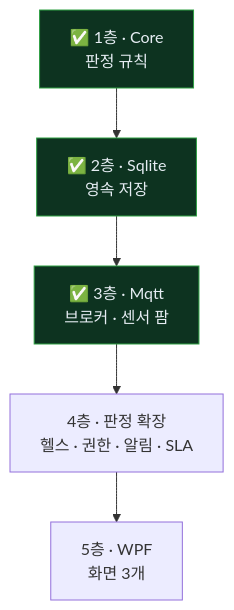
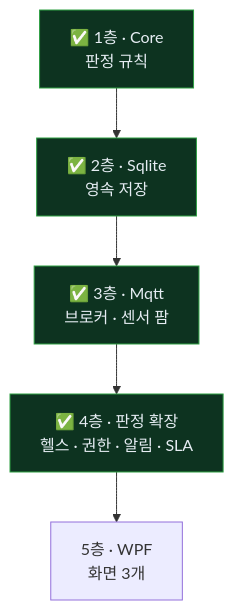
The seventh of 7 diagrams in docs/architecture.md (bosung2000/IoTSensorDashboard), drawn with Mermaid before and after one commit. The commit also changed other lines of this file and 2 other files, not shown here.

````diff
--- a/docs/architecture.md
+++ b/docs/architecture.md
@@ -386,11 +392,12 @@
 ```mermaid
 flowchart TD
     L1["✅ 1층 · Core<br/>판정 규칙"] --> L2["✅ 2층 · Sqlite<br/>영속 저장"]
     L2 --> L3["✅ 3층 · Mqtt<br/>브로커 · 센서 팜"]
-    L3 --> L4["4층 · 판정 확장<br/>헬스 · 권한 · 알림 · SLA"]
+    L3 --> L4["✅ 4층 · 판정 확장<br/>헬스 · 권한 · 알림 · SLA"]
     L4 --> L5["5층 · WPF<br/>화면 3개"]
 
     style L1 fill:#0d3320,stroke:#2ea043,color:#e6edf3
     style L2 fill:#0d3320,stroke:#2ea043,color:#e6edf3
     style L3 fill:#0d3320,stroke:#2ea043,color:#e6edf3
+    style L4 fill:#0d3320,stroke:#2ea043,color:#e6edf3
 ```
````
